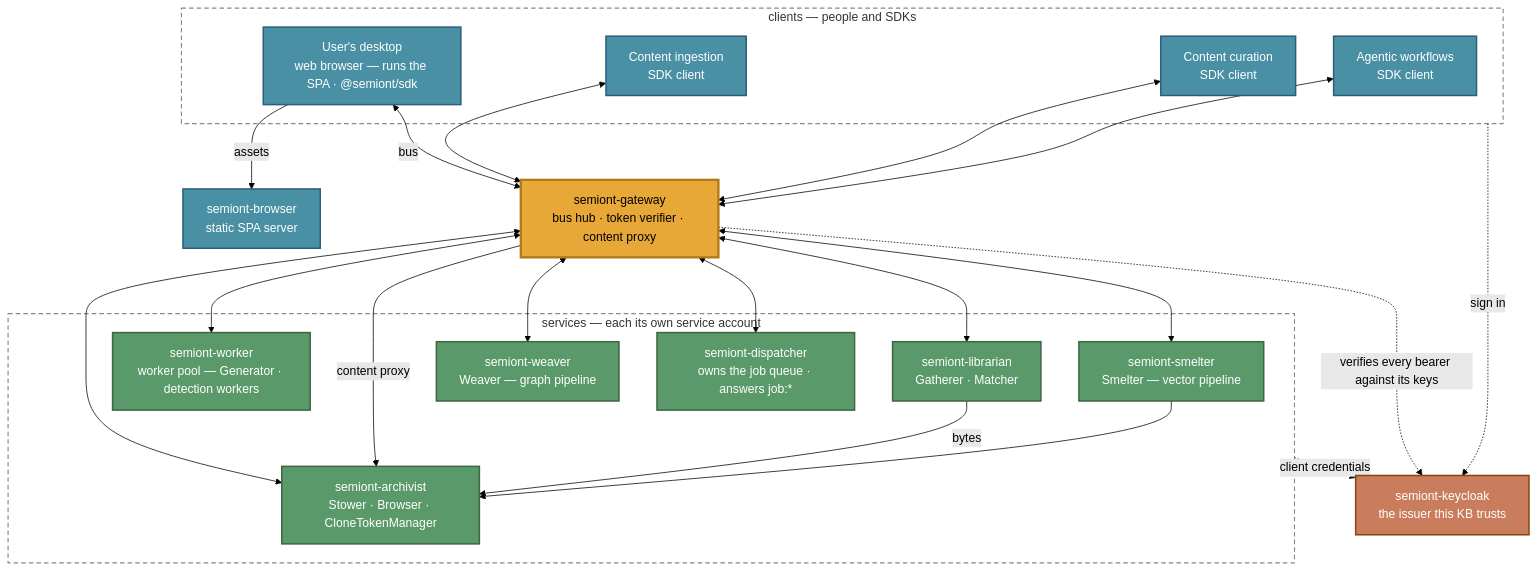
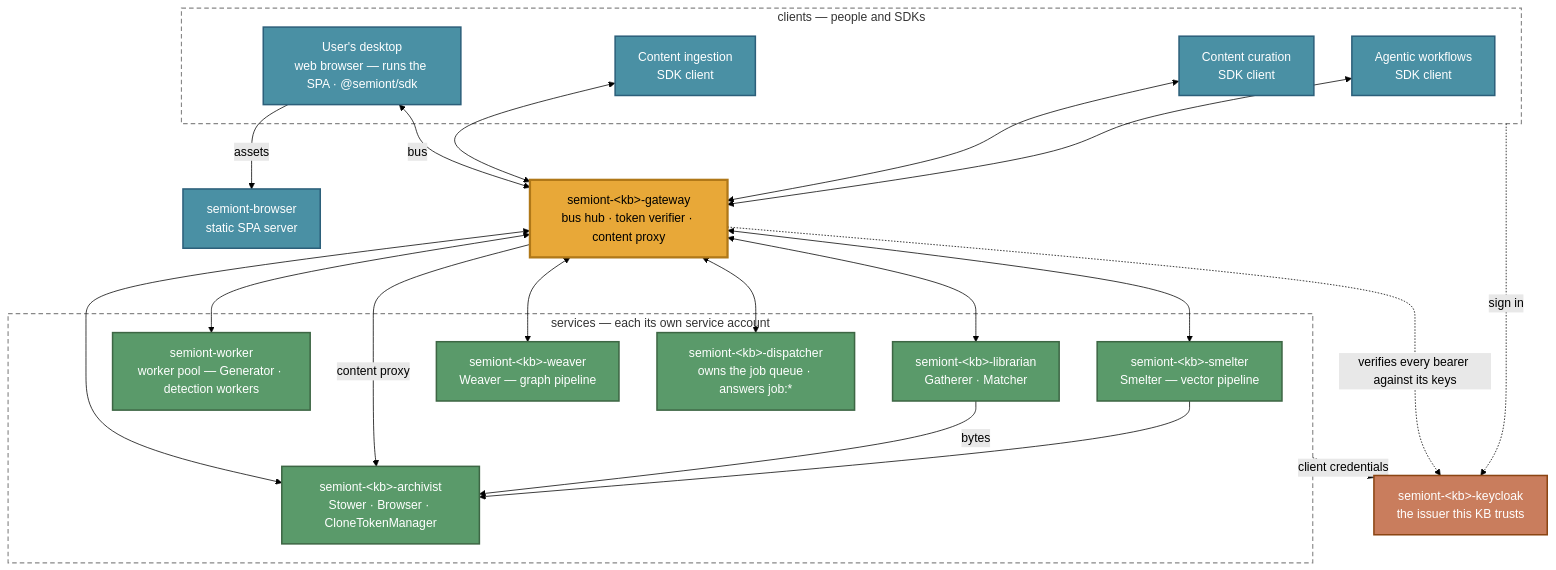
Before and after one commit to The-AI-Alliance/semiont: the first of 2 diagrams in docs/operator/CONTAINER-TOPOLOGY.md, drawn with Mermaid (forest theme). The commit also changed other lines of this file and 100 other files, not shown here.

````diff
--- a/docs/operator/CONTAINER-TOPOLOGY.md
+++ b/docs/operator/CONTAINER-TOPOLOGY.md
@@ -22,55 +24,55 @@
 ```mermaid
 graph TB
     subgraph CLIENTS ["clients — people and SDKs"]
         USER["User's desktop<br/>web browser — runs the SPA · @semiont/sdk"]
         INGEST["Content ingestion<br/>SDK client"]
         CURATE["Content curation<br/>SDK client"]
         AGENT["Agentic workflows<br/>SDK client"]
     end
 
     BROWSERC["semiont-browser<br/>static SPA server"]
-    GW["semiont-gateway<br/>bus hub · token verifier · content proxy"]
-    KC["semiont-keycloak<br/>the issuer this KB trusts"]
+    GW["semiont-&lt;kb&gt;-gateway<br/>bus hub · token verifier · content proxy"]
+    KC["semiont-&lt;kb&gt;-keycloak<br/>the issuer this KB trusts"]
 
     subgraph SERVICES ["services — each its own service account"]
-        LIB["semiont-librarian<br/>Gatherer · Matcher"]
+        LIB["semiont-&lt;kb&gt;-librarian<br/>Gatherer · Matcher"]
         WORKER["semiont-worker<br/>worker pool — Generator · detection workers"]
-        SMELT["semiont-smelter<br/>Smelter — vector pipeline"]
-        WEAVE["semiont-weaver<br/>Weaver — graph pipeline"]
-        ARCH["semiont-archivist<br/>Stower · Browser · CloneTokenManager"]
-        DISP["semiont-dispatcher<br/>owns the job queue · answers job:*"]
+        SMELT["semiont-&lt;kb&gt;-smelter<br/>Smelter — vector pipeline"]
+        WEAVE["semiont-&lt;kb&gt;-weaver<br/>Weaver — graph pipeline"]
+        ARCH["semiont-&lt;kb&gt;-archivist<br/>Stower · Browser · CloneTokenManager"]
+        DISP["semiont-&lt;kb&gt;-dispatcher<br/>owns the job queue · answers job:*"]
     end
 
     USER -->|assets| BROWSERC
     USER <-->|bus| GW
     INGEST <--> GW
     CURATE <--> GW
     AGENT <--> GW
 
     GW <--> LIB
     GW <--> WORKER
     GW <--> SMELT
     GW <--> WEAVE
     GW <--> ARCH
     GW <--> DISP
 
     GW -->|content proxy| ARCH
     LIB -->|bytes| ARCH
     SMELT --> ARCH
 
     CLIENTS -.->|sign in| KC
     SERVICES -.->|client credentials| KC
     GW -.->|verifies every bearer against its keys| KC
 
     classDef client fill:#4a90a4,stroke:#2c5f7a,stroke-width:2px,color:#fff
     classDef svc fill:#5a9a6a,stroke:#3d6644,stroke-width:2px,color:#fff
     classDef hub fill:#e8a838,stroke:#b07818,stroke-width:3px,color:#000
     classDef infra fill:#c97d5d,stroke:#8b4513,stroke-width:2px,color:#fff
 
     class USER,INGEST,CURATE,AGENT,BROWSERC client
     class LIB,WORKER,SMELT,WEAVE,ARCH,DISP svc
     class GW hub
     class KC infra
     style CLIENTS fill:none,stroke:#888,stroke-width:1.5px,stroke-dasharray:6 4
     style SERVICES fill:none,stroke:#888,stroke-width:1.5px,stroke-dasharray:6 4
 ```
````
